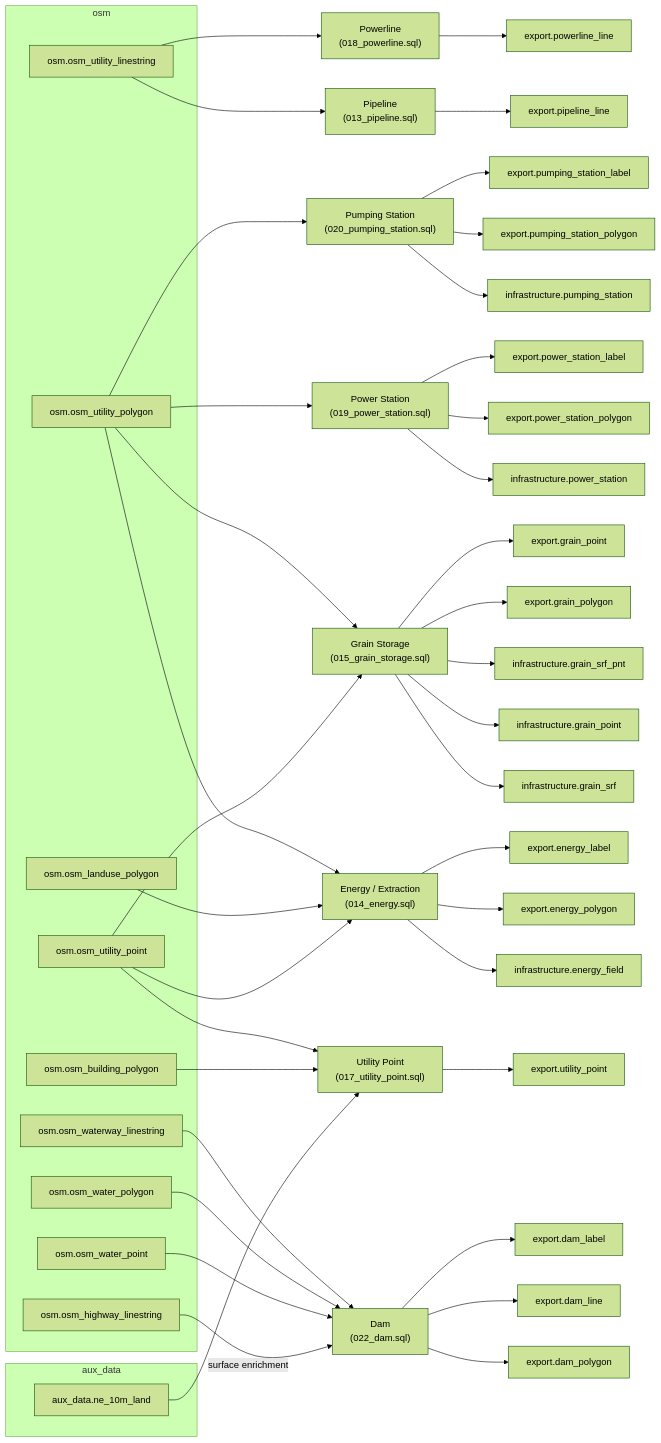
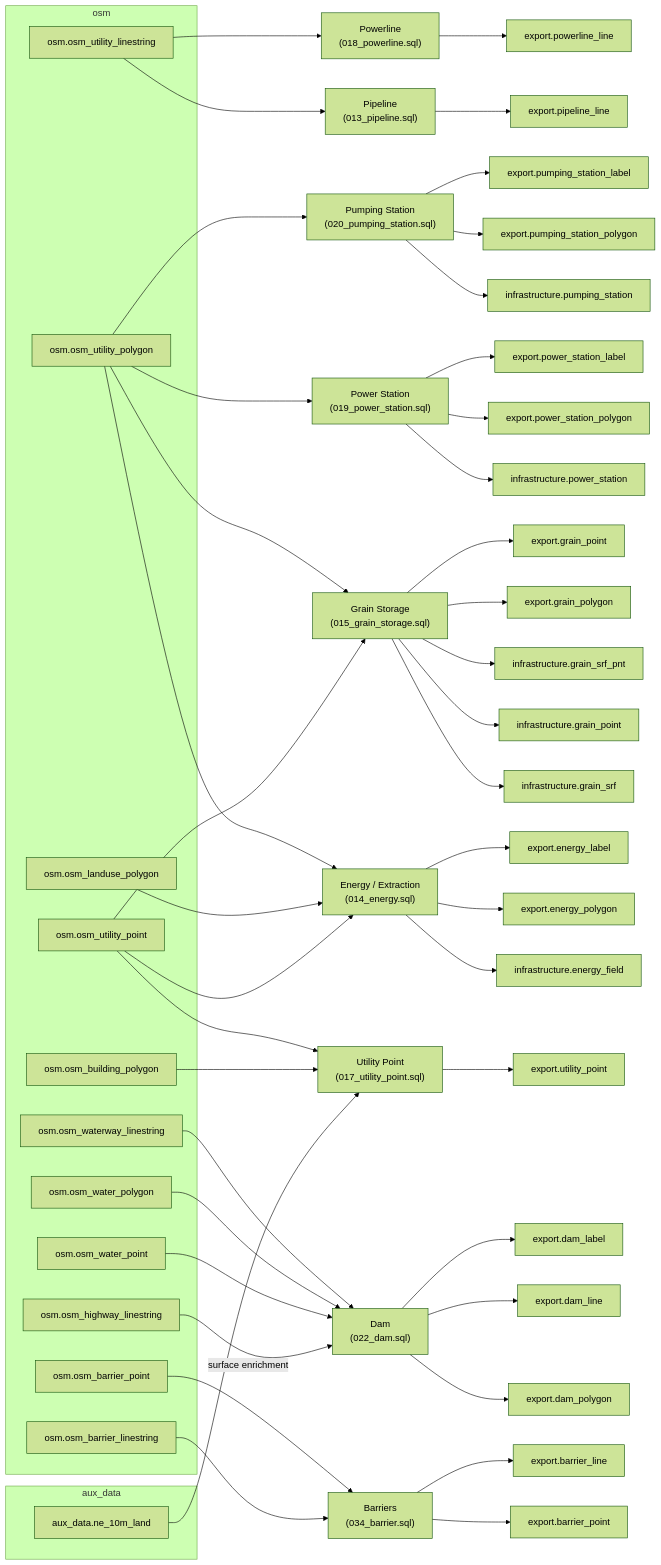
Before and after one commit to ReleasableBasemapTiles/abt: the eighth of 10 diagrams in docs/schema/database.md, drawn with Mermaid (forest theme). The commit also changed other lines of this file and 10 other files, not shown here.

First line of the commit message:
feat(schema): add barrier_point and barrier_line layers

````diff
--- a/docs/schema/database.md
+++ b/docs/schema/database.md
@@ -449,6 +449,8 @@
         osm_osm_water_polygon["osm.osm_water_polygon"]
         osm_osm_water_point["osm.osm_water_point"]
         osm_osm_highway_linestring["osm.osm_highway_linestring"]
+        osm_osm_barrier_point["osm.osm_barrier_point"]
+        osm_osm_barrier_linestring["osm.osm_barrier_linestring"]
     end
     subgraph src_aux ["aux_data"]
         aux_data_ne_10m_land["aux_data.ne_10m_land"]
@@ -517,4 +519,11 @@
     script_022_dam --> export_dam_line
     export_dam_label["export.dam_label"]
     script_022_dam --> export_dam_label
+    script_034_barrier["Barriers<br/>(034_barrier.sql)"]
+    osm_osm_barrier_point --> script_034_barrier
+    osm_osm_barrier_linestring --> script_034_barrier
+    export_barrier_point["export.barrier_point"]
+    script_034_barrier --> export_barrier_point
+    export_barrier_line["export.barrier_line"]
+    script_034_barrier --> export_barrier_line
 ```
````
